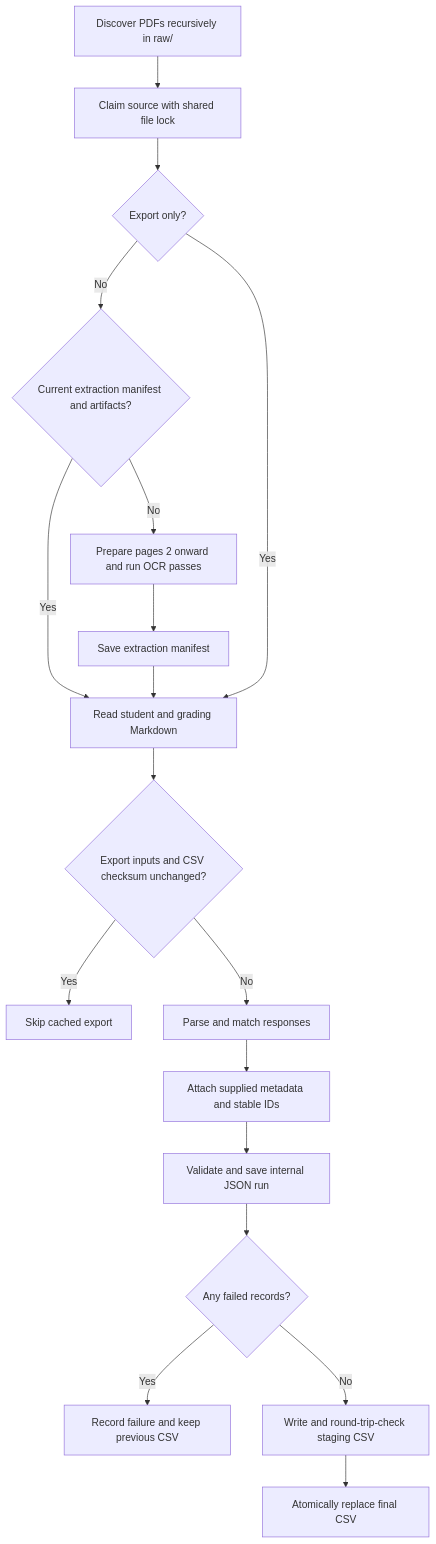
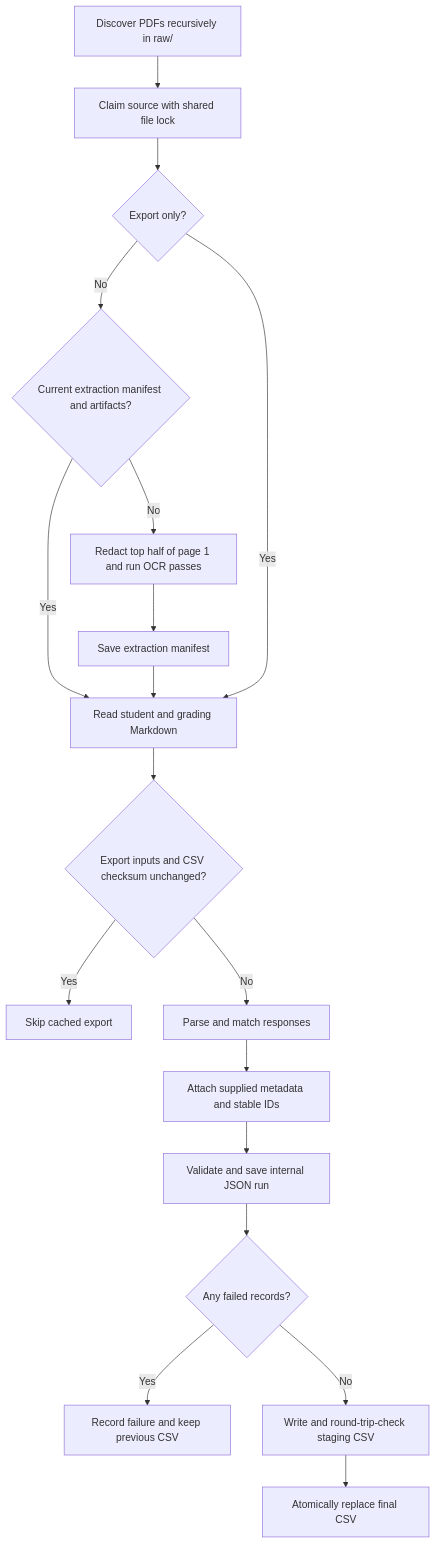
One commit to PrameKung/capstone-pipeline-pdf-to-dataset changed the diagram in docs/pipeline-flow.md. Above: the diagram before and after it, drawn with Mermaid. The commit also changed other lines of this file and 15 other files, not shown here.

Commit message:
feat: redact first-page headers with offline PDF preparation

````diff
--- a/docs/pipeline-flow.md
+++ b/docs/pipeline-flow.md
@@ -6,20 +6,20 @@
 ```mermaid
 flowchart TD
     A[Discover PDFs recursively in raw/] --> B[Claim source with shared file lock]
     B --> C{Export only?}
     C -->|No| D{Current extraction manifest and artifacts?}
-    D -->|No| E[Prepare pages 2 onward and run OCR passes]
+    D -->|No| E[Redact top half of page 1 and run OCR passes]
     E --> F[Save extraction manifest]
     D -->|Yes| G[Read student and grading Markdown]
     F --> G
     C -->|Yes| G
     G --> H{Export inputs and CSV checksum unchanged?}
     H -->|Yes| I[Skip cached export]
     H -->|No| J[Parse and match responses]
     J --> K[Attach supplied metadata and stable IDs]
     K --> L[Validate and save internal JSON run]
     L --> M{Any failed records?}
     M -->|Yes| N[Record failure and keep previous CSV]
     M -->|No| O[Write and round-trip-check staging CSV]
     O --> P[Atomically replace final CSV]
 ```
````
